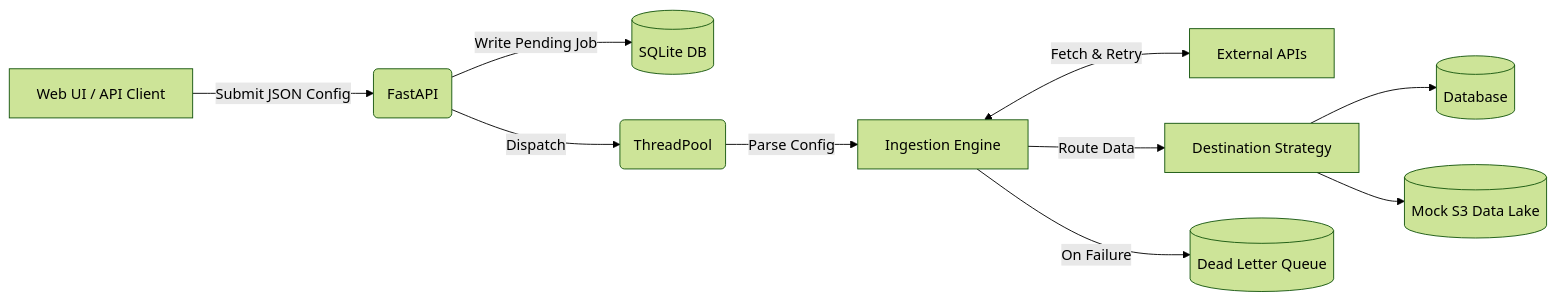
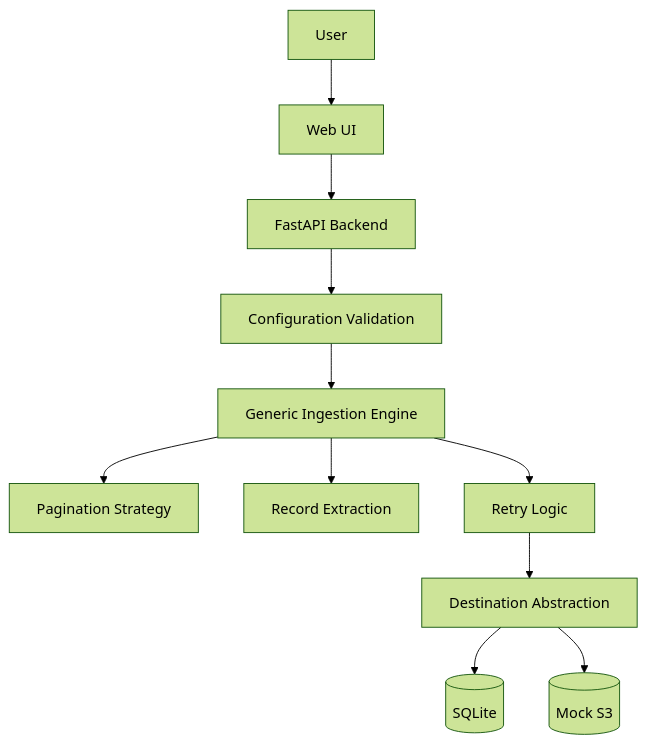
Before and after one commit to SreejaJalakam/Genericdata-ingestion-service: the diagram in README.md, drawn with Mermaid (forest theme). The commit also changed other lines of this file and 2 other files, not shown here.

Commit message:
docs: finalize README, design documentation, and validation

````diff
--- a/README.md
+++ b/README.md
@@ -19,12 +27,15 @@
 ```mermaid
-graph LR
-    UI[Web UI / API Client] -->|Submit JSON Config| API(FastAPI)
-    API -->|Write Pending Job| SQLite[(SQLite DB)]
-    API -->|Dispatch| Workers(ThreadPool)
-    Workers -->|Parse Config| Engine[Ingestion Engine]
-    Engine <-->|Fetch & Retry| HTTP[External APIs]
-    Engine -->|Route Data| Dest[Destination Strategy]
-    Dest --> DB[(Database)]
-    Dest --> S3[(Mock S3 Data Lake)]
-    Engine -->|On Failure| DLQ[(Dead Letter Queue)]
+graph TD
+    User --> WebUI[Web UI]
+    WebUI --> FastAPI[FastAPI Backend]
+    FastAPI --> Config[Configuration Validation]
+    Config --> Engine[Generic Ingestion Engine]
+    
+    Engine --> Pagination[Pagination Strategy]
+    Engine --> Extraction[Record Extraction]
+    Engine --> Retry[Retry Logic]
+    
+    Retry --> Destination[Destination Abstraction]
+    Destination --> SQLite[(SQLite)]
+    Destination --> S3[(Mock S3)]
 ```
````
